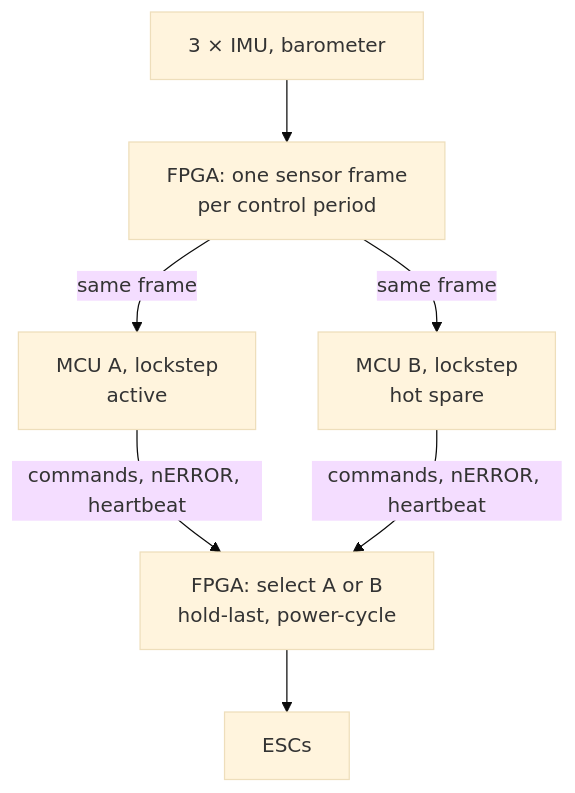
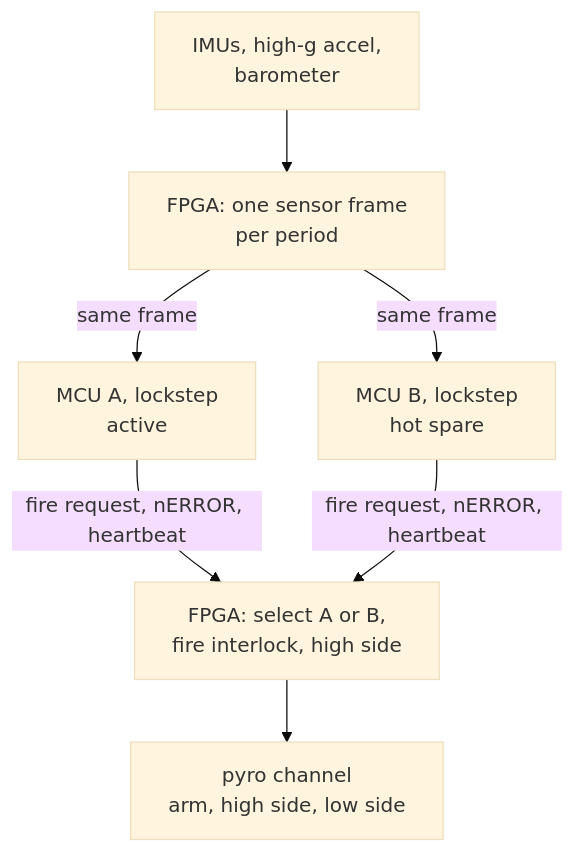
One commit to spaceadler/EAGLE changed the first of 2 diagrams in docs/adr/ADR-02-fault-tolerance.md. Above: the diagram before and after it, drawn with Mermaid (base theme). The commit also changed other lines of this file and 3 other files, not shown here.

````diff
--- a/docs/adr/ADR-02-fault-tolerance.md
+++ b/docs/adr/ADR-02-fault-tolerance.md
@@ -111,9 +105,9 @@
 ```mermaid
 flowchart TB
-    sens["3 × IMU, barometer"] --> fpga["FPGA: one sensor frame<br/>per control period"]
+    sens["IMUs, high-g accel,<br/>barometer"] --> fpga["FPGA: one sensor frame<br/>per period"]
     fpga -->|"same frame"| a["MCU A, lockstep<br/>active"]
     fpga -->|"same frame"| b["MCU B, lockstep<br/>hot spare"]
-    a -->|"commands, nERROR, heartbeat"| sel["FPGA: select A or B<br/>hold-last, power-cycle"]
-    b -->|"commands, nERROR, heartbeat"| sel
-    sel --> esc["ESCs"]
+    a -->|"fire request, nERROR, heartbeat"| sel["FPGA: select A or B,<br/>fire interlock, high side"]
+    b -->|"fire request, nERROR, heartbeat"| sel
+    sel --> pyro["pyro channel<br/>arm, high side, low side"]
 ```
````
